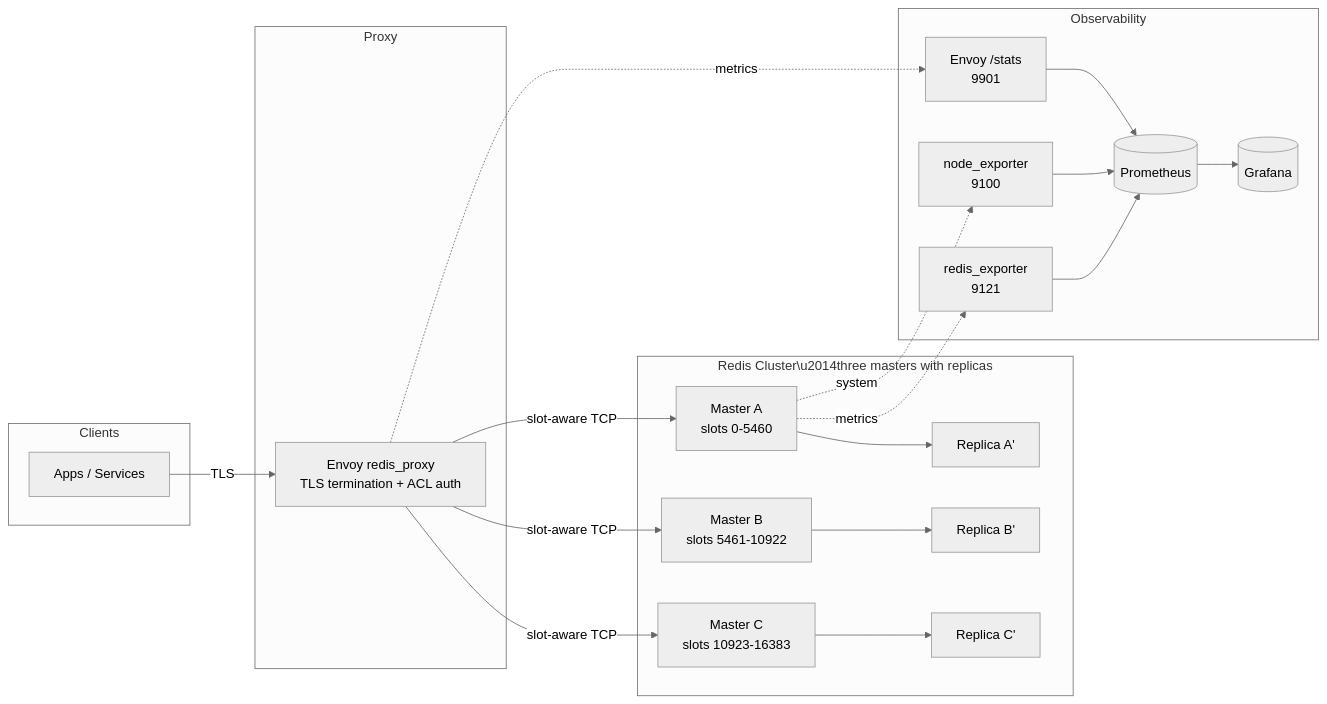
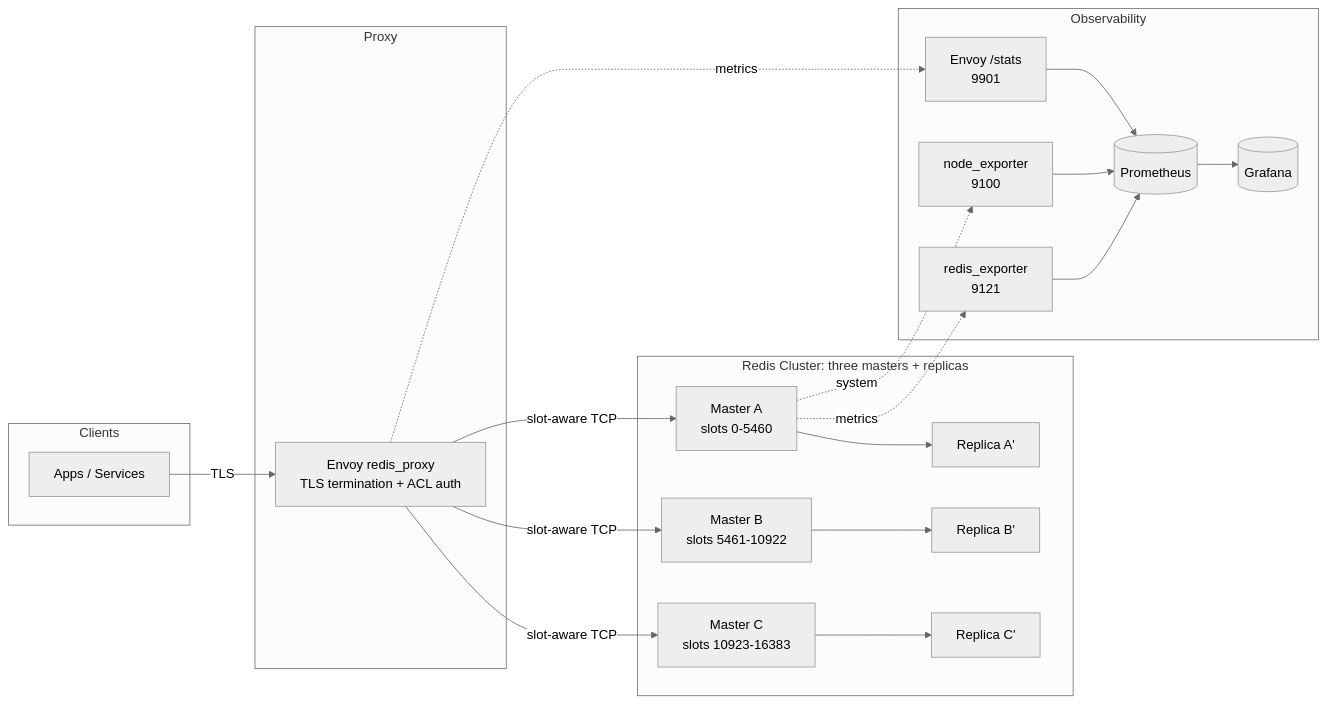
The first of 3 diagrams in README.md (siyamsarker/RedisForge), drawn with Mermaid (neutral theme) before and after one commit.

Commit message:
docs: fix mermaid label rendering

````diff
--- a/README.md
+++ b/README.md
@@ -54,40 +54,40 @@
 ```mermaid
 flowchart LR
     subgraph Clients
         A[Apps / Services]
     end
     subgraph Proxy
         B[Envoy redis_proxy<br/>TLS termination + ACL auth]
     end
-    subgraph RedisCluster["Redis Cluster\u2014three masters with replicas"]
+    subgraph RedisCluster["Redis Cluster: three masters + replicas"]
         C1[Master A<br/>slots 0-5460]
         C2[Master B<br/>slots 5461-10922]
         C3[Master C<br/>slots 10923-16383]
         R1[Replica A']
         R2[Replica B']
         R3[Replica C']
     end
     subgraph Observability
         P1[redis_exporter<br/>9121]
         P2[node_exporter<br/>9100]
         P3[Envoy /stats<br/>9901]
         Grafana[(Grafana)]
         Prometheus[(Prometheus)]
     end
 
     A -->|TLS| B
     B -->|slot-aware TCP| C1
     B -->|slot-aware TCP| C2
     B -->|slot-aware TCP| C3
     C1 --> R1
     C2 --> R2
     C3 --> R3
 
     C1 -. metrics .-> P1
     C1 -. system .-> P2
     B -. metrics .-> P3
     P1 --> Prometheus
     P2 --> Prometheus
     P3 --> Prometheus
     Prometheus --> Grafana
 ```
````
